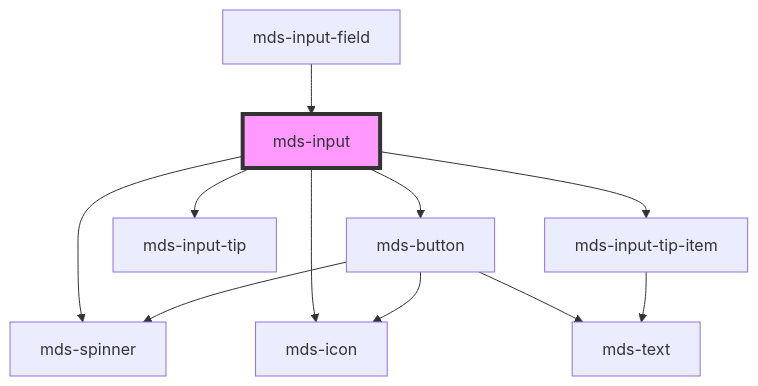
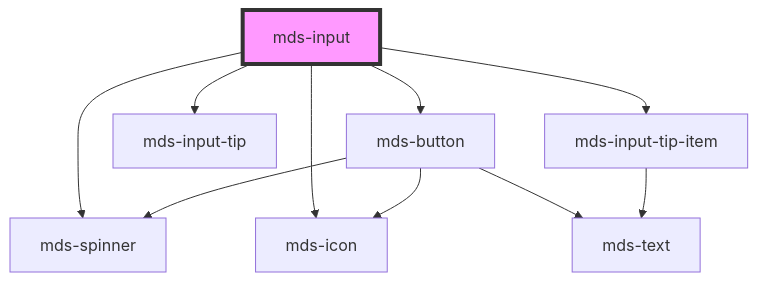
Before and after one commit to magma-design-system/magma: the diagram in projects/stencil/src/components/mds-input/readme.md, drawn with Mermaid. The commit also changed other lines of this file and 12 other files, not shown here.

Commit message:
refact(mds-input-field): refactor mds-input

````diff
--- a/projects/stencil/src/components/mds-input/readme.md
+++ b/projects/stencil/src/components/mds-input/readme.md
@@ -130,14 +168,13 @@
 ```mermaid
 graph TD;
   mds-input --> mds-button
   mds-input --> mds-input-tip
   mds-input --> mds-input-tip-item
   mds-input --> mds-icon
   mds-input --> mds-spinner
   mds-button --> mds-spinner
   mds-button --> mds-icon
   mds-button --> mds-text
   mds-input-tip-item --> mds-text
-  mds-input-field --> mds-input
   style mds-input fill:#f9f,stroke:#333,stroke-width:4px
 ```
````
